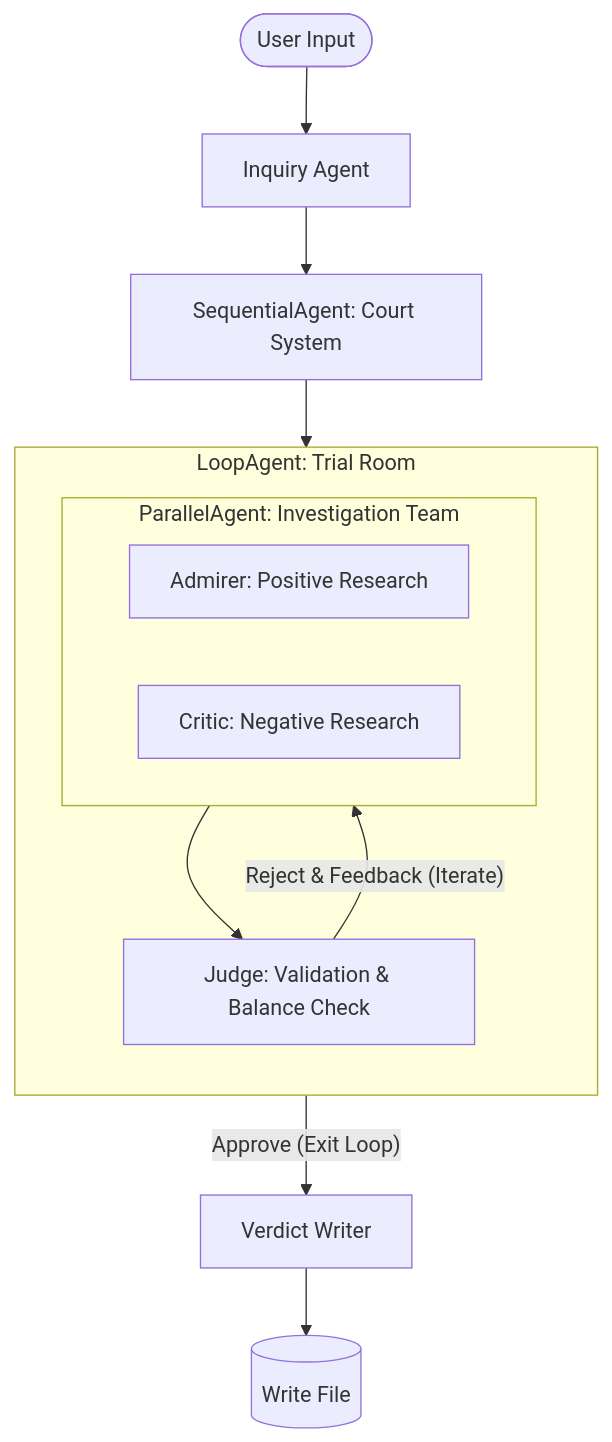
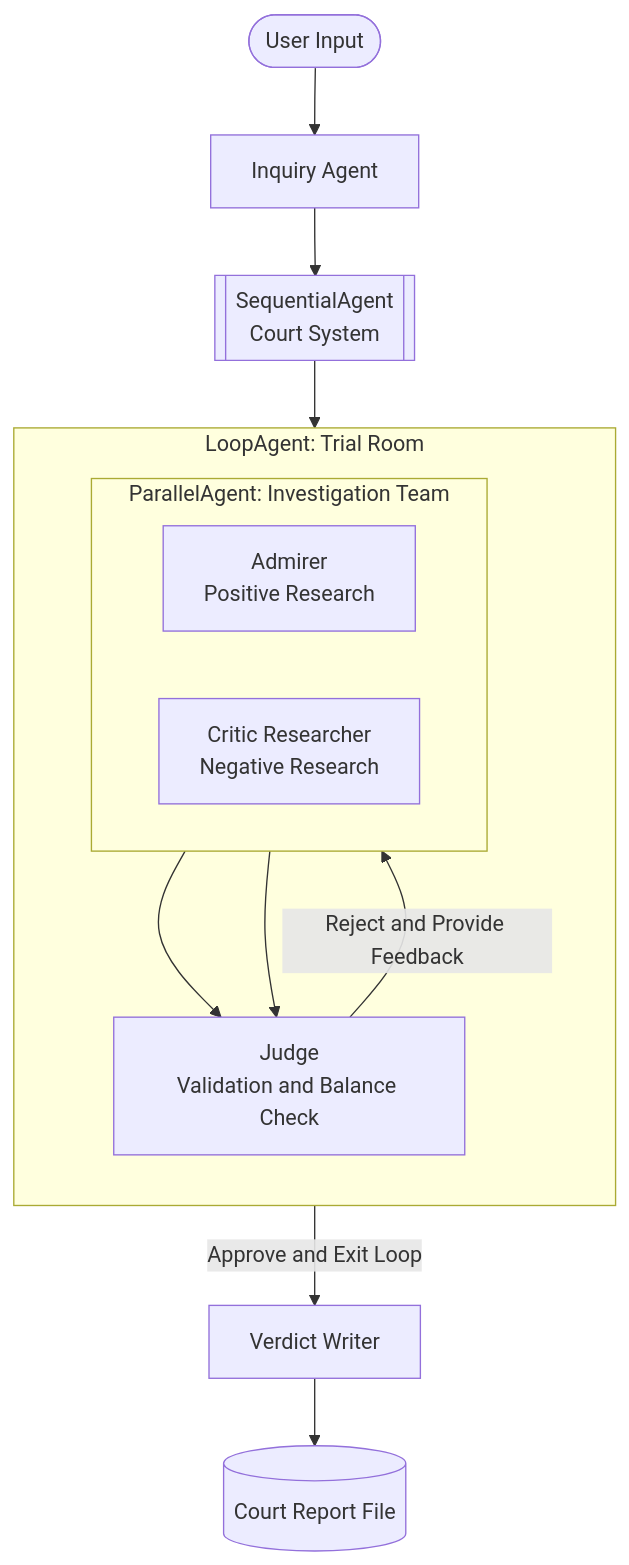
One commit to septemwee/court_agents changed the diagram in README.md. Above: the diagram before and after it, drawn with Mermaid. The commit also changed other lines of this file, not shown here.

Commit message:
Update README with enhanced system architecture and roles

````diff
--- a/README.md
+++ b/README.md
@@ -10,25 +10,34 @@
 ```mermaid
-graph TD
-    User([User Input]) --> Inquiry[Inquiry Agent]
-    Inquiry --> CourtSystem[SequentialAgent: Court System]
-    
-    subgraph TrialRoom [LoopAgent: Trial Room]
+flowchart TD
+
+    %% ===== Input Layer =====
+    U([User Input]) --> I[Inquiry Agent]
+
+    %% ===== Orchestration Layer =====
+    I --> CS[[SequentialAgent<br/>Court System]]
+
+    %% ===== Trial Layer =====
+    CS --> TR
+
+    subgraph TR [LoopAgent: Trial Room]
         direction TB
         
-        subgraph InvestigationTeam [ParallelAgent: Investigation Team]
+        subgraph IT [ParallelAgent: Investigation Team]
             direction LR
-            Admirer[Admirer: Positive Research]
-            Critic[Critic: Negative Research]
+            A[Admirer<br/>Positive Research]
+            C[Critic Researcher<br/>Negative Research]
         end
 
-        Judge[Judge: Validation & Balance Check]
-        
-        InvestigationTeam --> Judge
+        J[Judge<br/>Validation and Balance Check]
+
+        A --> J
+        C --> J
     end
-    
-    CourtSystem --> TrialRoom
-    Judge -- "Reject & Feedback (Iterate)" --> InvestigationTeam
-    Judge -- "Approve (Exit Loop)" --> Writer[Verdict Writer]
-    
-    Writer --> File[(Write File)]
+
+    %% ===== Loop Control =====
+    J -- Reject and Provide Feedback --> IT
+    J -- Approve and Exit Loop --> VW[Verdict Writer]
+
+    %% ===== Output Layer =====
+    VW --> F[(Court Report File)]
 ```
````
